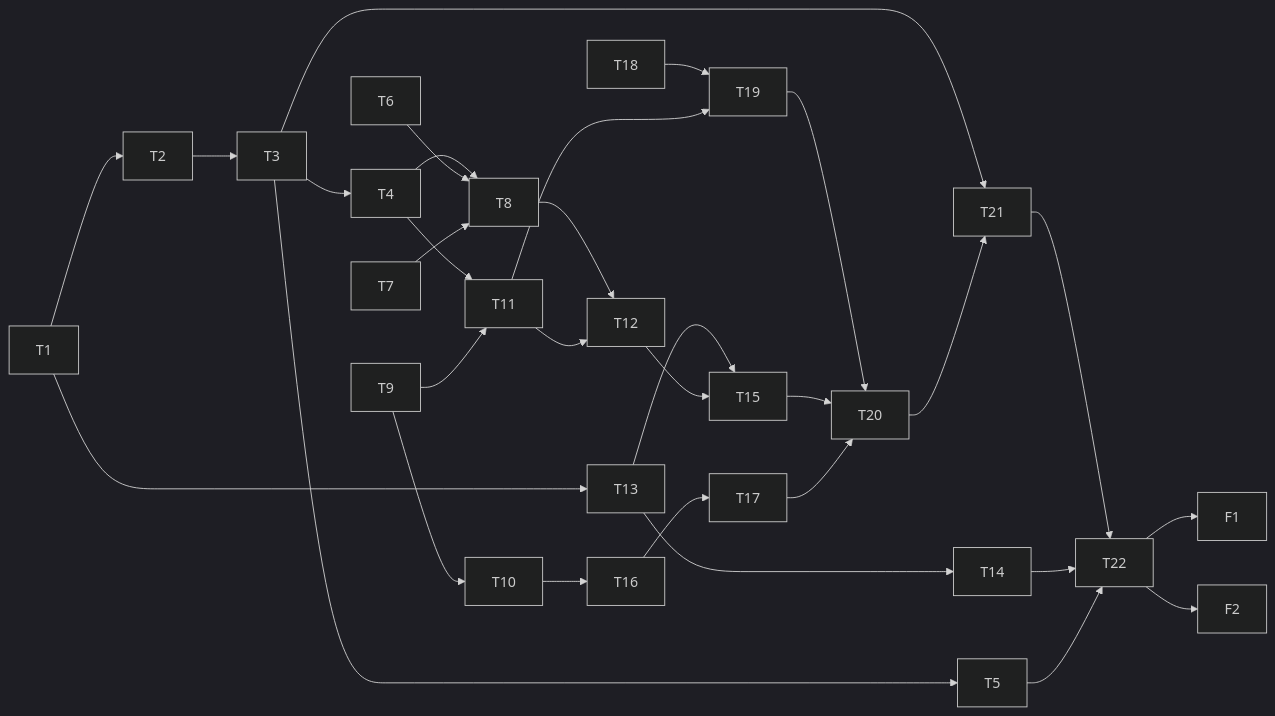
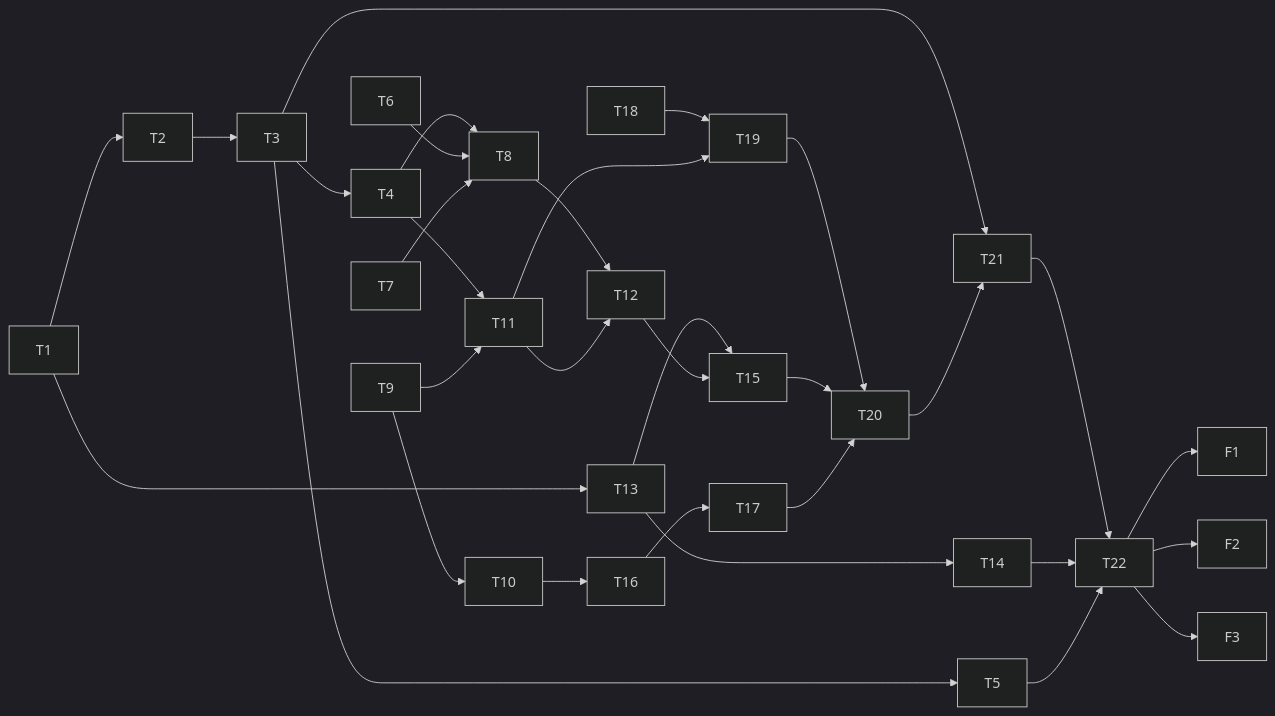
The diagram in planning/specs/herdr-attention.md (liaden/lain), drawn with Mermaid (dark theme) before and after one commit. The commit also changed other lines of this file and 2 other files, not shown here.

````diff
--- a/planning/specs/herdr-attention.md
+++ b/planning/specs/herdr-attention.md
@@ -184,33 +184,34 @@
 ```mermaid
 flowchart LR
   T1 --> T2
   T2 --> T3
   T3 --> T4
   T3 --> T5
   T4 --> T8
   T6 --> T8
   T7 --> T8
   T9 --> T10
   T4 --> T11
   T9 --> T11
   T8 --> T12
   T11 --> T12
   T1 --> T13
   T13 --> T14
   T13 --> T15
   T12 --> T15
   T10 --> T16
   T16 --> T17
   T18 --> T19
   T11 --> T19
   T19 --> T20
   T15 --> T20
   T17 --> T20
   T3 --> T21
   T20 --> T21
   T21 --> T22
   T14 --> T22
   T5 --> T22
   T22 --> F1
   T22 --> F2
+  T22 --> F3
 ```
````
